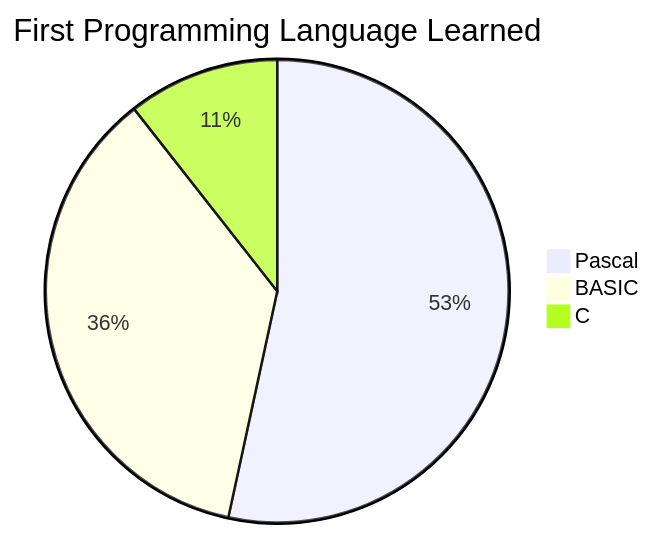
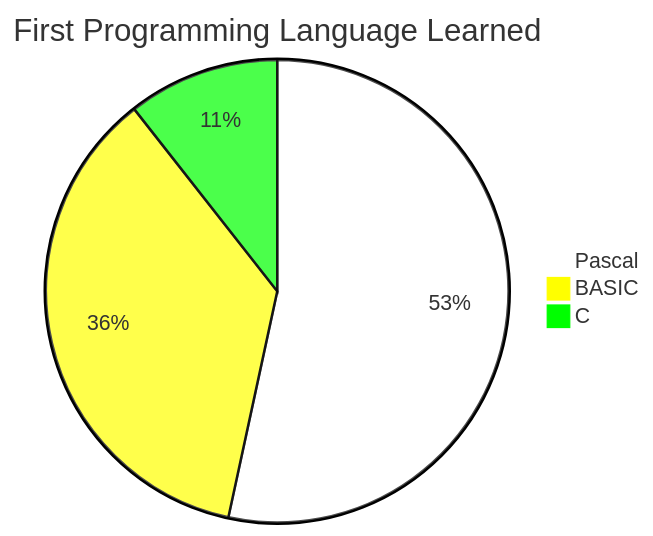
Before and after one commit to stephenboothuk/Mermaid: diagram 11 of 12 in basicMarkdownex.md, drawn with Mermaid. The commit also changed other lines of this file, not shown here.

````diff
--- a/basicMarkdownex.md
+++ b/basicMarkdownex.md
@@ -750,6 +751,7 @@
 ```mermaid
 pie title First Programming Language Learned
+%%{init: {'theme': 'base', 'themeVariables': { 'pie1': '#FFFFFF', 'pie2': '#FFFF00', 'pie3': '#00FF00', 'pie4': '#0000FF', 'pie5': '#800080', 'pie6': '#ff0000', 'pie7': '#FFA500'}}}%%
     "Pascal" : 126
     "BASIC" : 85
     "C" : 25
 ```
````
